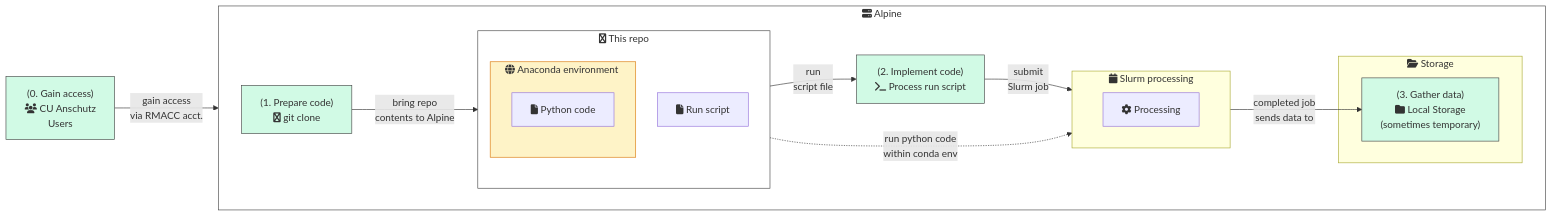
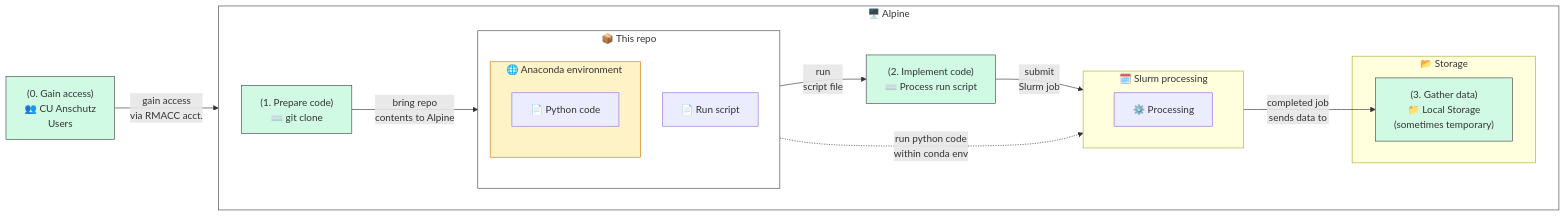
The seventh of 7 diagrams in README.md (CU-DBMI/example-hpc-alpine-python), drawn with Mermaid before and after one commit. The commit also changed other lines of this file, not shown here.

````diff
--- a/README.md
+++ b/README.md
@@ -234,38 +232,38 @@
 ```mermaid
 flowchart LR
-    users["(0. Gain access)\nfa:fa-users CU Anschutz\nUsers"]
-    subgraph alpine["fa:fa-server Alpine"]
+    users["(0. Gain access)\n👥 CU Anschutz\nUsers"]
+    subgraph alpine["🖥️ Alpine"]
         direction LR
-        alpine_terminal1["(1. Prepare code)\nfa:fa-git git clone"]
-        alpine_terminal2["(2. Implement code)\nfa:fa-terminal Process run script"]
-        subgraph repo["fa:fa-github This repo"]
+        alpine_terminal1["(1. Prepare code)\n⌨️ git clone"]
+        alpine_terminal2["(2. Implement code)\n⌨️ Process run script"]
+        subgraph repo["📦 This repo"]
             direction TB
-            run_script["fa:fa-file Run script"]
-            subgraph conda_env["&nbsp;fa:fa-globe Anaconda environment &nbsp;"]
-                python_code["fa:fa-file Python code"]
+            run_script["📄 Run script"]
+            subgraph conda_env["&nbsp;🌐 Anaconda environment &nbsp;"]
+                python_code["📄 Python code"]
             end
         end
-        subgraph slurm_job["fa:fa-calendar Slurm processing"]
+        subgraph slurm_job["🗓️ Slurm processing"]
             direction LR
-            processing["fa:fa-gear Processing"]
+            processing["⚙️ Processing"]
         end
-        subgraph storage["fa:fa-folder-open Storage"]
-            local_storage["(3. Gather data)\nfa:fa-folder Local Storage\n(sometimes temporary)"]
+        subgraph storage["📂 Storage"]
+            local_storage["(3. Gather data)\n📁 Local Storage\n(sometimes temporary)"]
         end
     end
 
     users --> | gain access\nvia RMACC acct.| alpine_terminal1
     alpine_terminal1 --> | bring repo\n contents to Alpine | repo
     run_script --> |run\nscript file| alpine_terminal2
     alpine_terminal2 --> |submit\nSlurm job| processing
     processing --> | completed job\n sends data to| local_storage
     python_code -.-> | run python code\nwithin conda env |processing
 
 style conda_env fill:#FEF3C7,stroke:#D97706;
 style repo fill:#ffffff,stroke:#444444;
 style alpine fill:#ffffff,stroke:#444444;
 style users fill:#D1FAE5,stroke:#444444;
 style alpine_terminal1 fill:#D1FAE5,stroke:#444444;
 style alpine_terminal2 fill:#D1FAE5,stroke:#444444;
 style local_storage fill:#D1FAE5,stroke:#444444;
 ```
````
